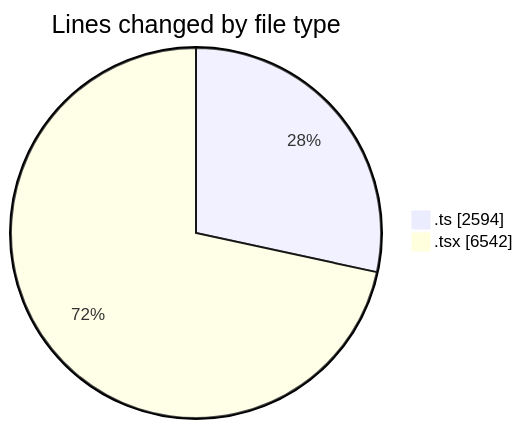
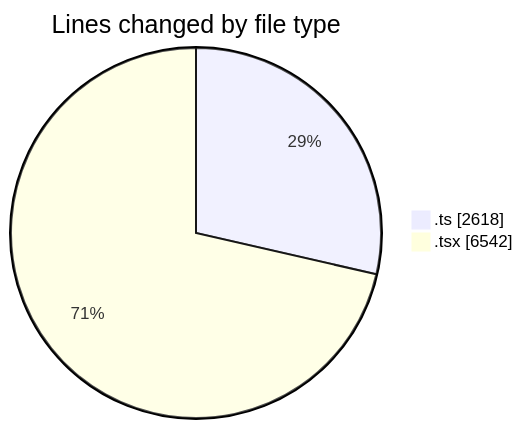
One commit to momahboobian/code-tracking changed the first of 2 diagrams in 2025-07-01/cda/README.md. Above: the diagram before and after it, drawn with Mermaid. The commit also changed other lines of this file and 1 other file, not shown here.

````diff
--- a/2025-07-01/cda/README.md
+++ b/2025-07-01/cda/README.md
@@ -44,6 +44,6 @@
 ```mermaid
 pie showData
 title Lines changed by file type
-".ts" : 2594
+".ts" : 2618
 ".tsx" : 6542
 ```
````
